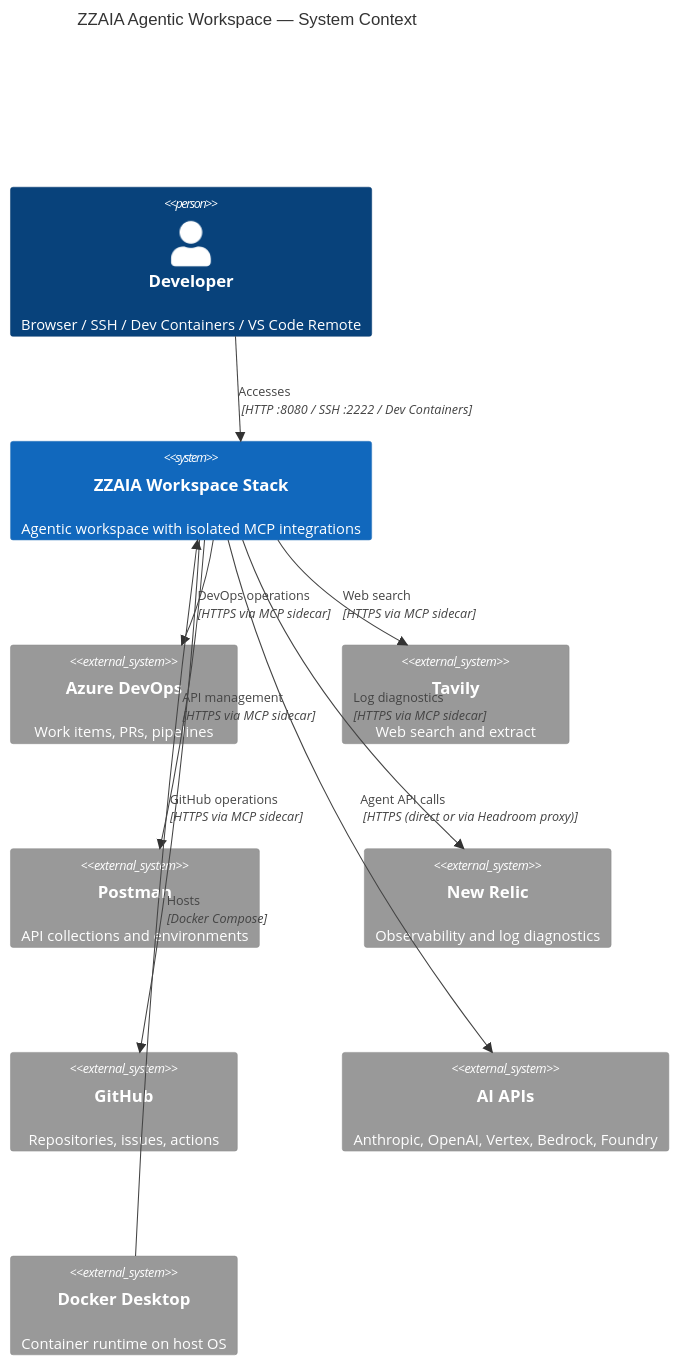
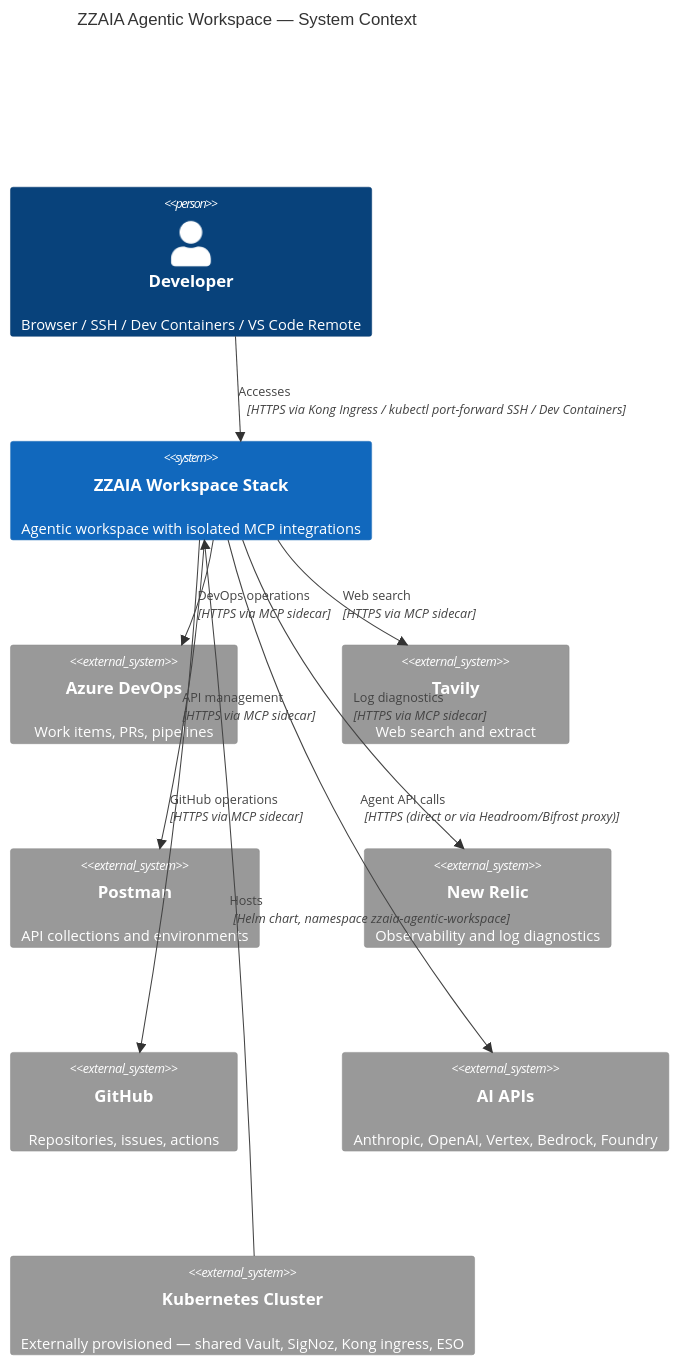
Before and after one commit to zzaia/zzaia-agentic-workspace: the first of 2 diagrams in docs/architecture-overview.md, drawn with Mermaid. The commit also changed other lines of this file and 97 other files, not shown here.

````diff
--- a/docs/architecture-overview.md
+++ b/docs/architecture-overview.md
@@ -721,25 +748,25 @@
 ```mermaid
 C4Context
     title ZZAIA Agentic Workspace — System Context
 
     Person(dev, "Developer", "Browser / SSH / Dev Containers / VS Code Remote")
     System(workspace, "ZZAIA Workspace Stack", "Agentic workspace with isolated MCP integrations")
     System_Ext(ado, "Azure DevOps", "Work items, PRs, pipelines")
     System_Ext(tavily, "Tavily", "Web search and extract")
     System_Ext(postman, "Postman", "API collections and environments")
     System_Ext(newrelic, "New Relic", "Observability and log diagnostics")
     System_Ext(github, "GitHub", "Repositories, issues, actions")
     System_Ext(ai, "AI APIs", "Anthropic, OpenAI, Vertex, Bedrock, Foundry")
-    System_Ext(docker, "Docker Desktop", "Container runtime on host OS")
+    System_Ext(k8s, "Kubernetes Cluster", "Externally provisioned — shared Vault, SigNoz, Kong ingress, ESO")
 
-    Rel(dev, workspace, "Accesses", "HTTP :8080 / SSH :2222 / Dev Containers")
+    Rel(dev, workspace, "Accesses", "HTTPS via Kong Ingress / kubectl port-forward SSH / Dev Containers")
     Rel(workspace, ado, "DevOps operations", "HTTPS via MCP sidecar")
     Rel(workspace, tavily, "Web search", "HTTPS via MCP sidecar")
     Rel(workspace, postman, "API management", "HTTPS via MCP sidecar")
     Rel(workspace, newrelic, "Log diagnostics", "HTTPS via MCP sidecar")
     Rel(workspace, github, "GitHub operations", "HTTPS via MCP sidecar")
-    Rel(workspace, ai, "Agent API calls", "HTTPS (direct or via Headroom proxy)")
-    Rel(docker, workspace, "Hosts", "Docker Compose")
+    Rel(workspace, ai, "Agent API calls", "HTTPS (direct or via Headroom/Bifrost proxy)")
+    Rel(k8s, workspace, "Hosts", "Helm chart, namespace zzaia-agentic-workspace")
 
     UpdateLayoutConfig($c4ShapeInRow="3", $c4BoundaryInRow="1")
 ```
````
